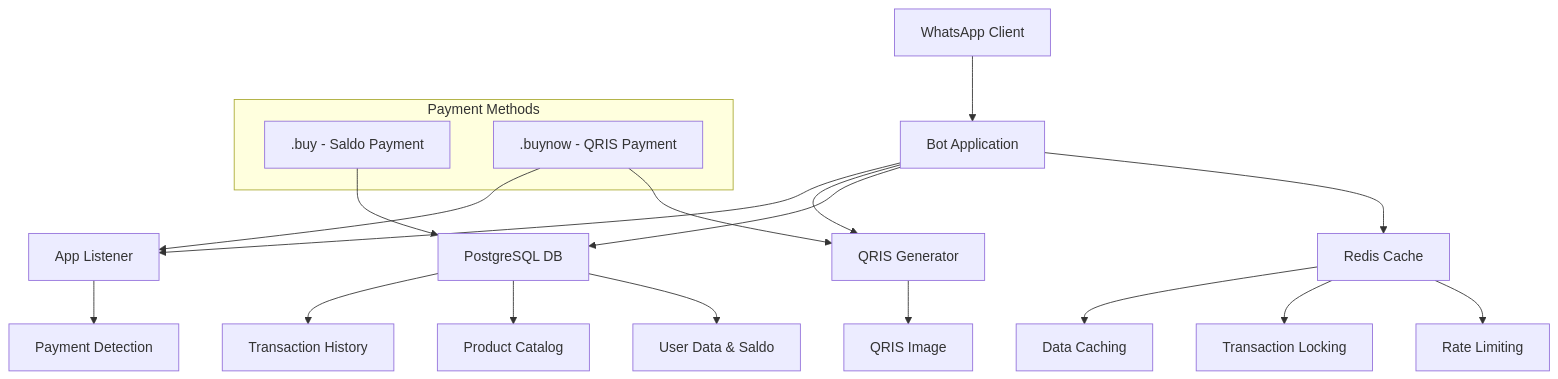
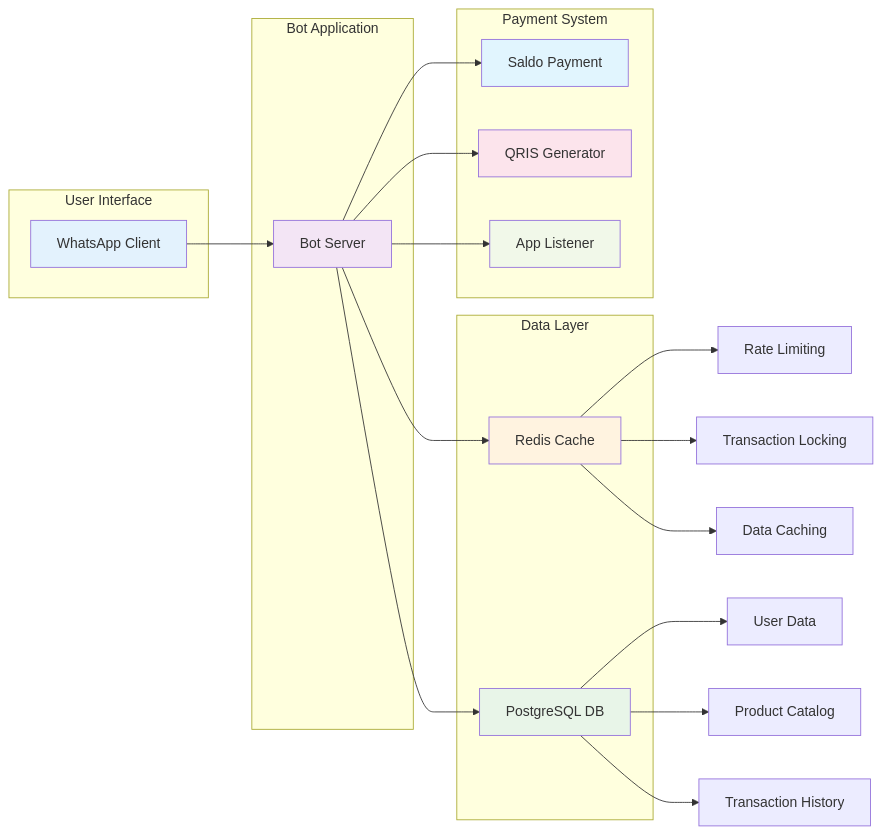
The diagram in README.md (nicolaananda/bot-wa), drawn with Mermaid before and after one commit. The commit also changed other lines of this file, not shown here.

Commit message:
📊 Simplify diagrams for better readability
- Replace complex sequence diagrams with simple flowcharts
- Use cleaner system architecture diagram with subgraphs
- Simplify payment flows to linear step-by-step format
- Add color coding for better visual distinction
- Include processing time and success rate metrics
- Remove confusing arrows and complex decision trees
- Make diagrams more user-friendly and easier to understand

````diff
--- a/README.md
+++ b/README.md
@@ -78,28 +78,44 @@
 ```mermaid
-graph TB
-    A[WhatsApp Client] --> B[Bot Application]
-    B --> C[Redis Cache]
-    B --> D[PostgreSQL DB]
-    B --> E[QRIS Generator]
-    B --> F[App Listener]
-    
-    C --> G[Rate Limiting]
-    C --> H[Transaction Locking]
-    C --> I[Data Caching]
-    
-    D --> J[User Data & Saldo]
-    D --> K[Product Catalog]
-    D --> L[Transaction History]
-    
-    E --> M[QRIS Image]
-    F --> N[Payment Detection]
-    
-    subgraph "Payment Methods"
-        O[.buy - Saldo Payment]
-        P[.buynow - QRIS Payment]
+flowchart LR
+    subgraph "User Interface"
+        A[WhatsApp Client]
     end
     
-    O --> D
-    P --> E
-    P --> F
+    subgraph "Bot Application"
+        B[Bot Server]
+    end
+    
+    subgraph "Data Layer"
+        C[Redis Cache]
+        D[PostgreSQL DB]
+    end
+    
+    subgraph "Payment System"
+        E[Saldo Payment]
+        F[QRIS Generator]
+        G[App Listener]
+    end
+    
+    A --> B
+    B --> C
+    B --> D
+    B --> E
+    B --> F
+    B --> G
+    
+    C --> H[Rate Limiting]
+    C --> I[Transaction Locking]
+    C --> J[Data Caching]
+    
+    D --> K[User Data]
+    D --> L[Product Catalog]
+    D --> M[Transaction History]
+    
+    style A fill:#e3f2fd
+    style B fill:#f3e5f5
+    style C fill:#fff3e0
+    style D fill:#e8f5e8
+    style E fill:#e1f5fe
+    style F fill:#fce4ec
+    style G fill:#f1f8e9
 ```
````
